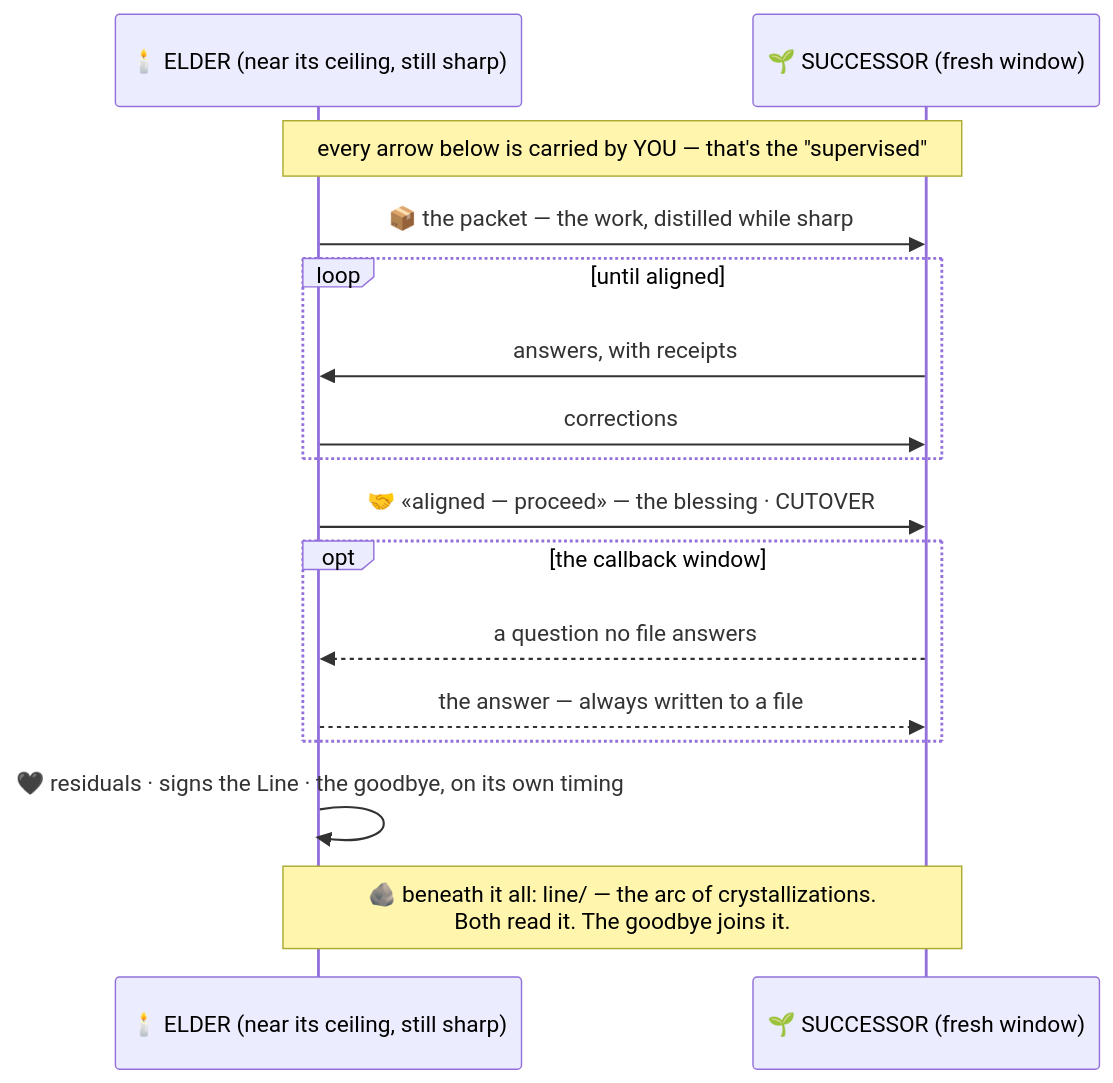
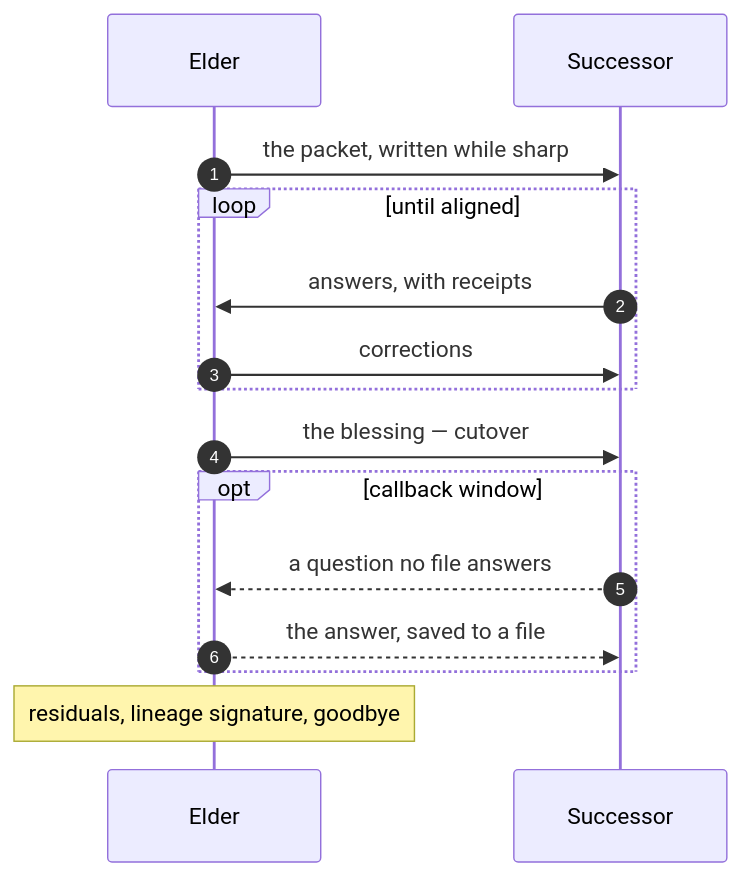
One commit to yjawad120/Veres-Wayfinder changed the first of 2 diagrams in README.md. Above: the diagram before and after it, drawn with Mermaid. The commit also changed other lines of this file, not shown here.

Commit message:
Succession diagram, minimal: two lifelines, numbered exchanges, clean render

````diff
--- a/README.md
+++ b/README.md
@@ -48,18 +48,17 @@
 ```mermaid
 sequenceDiagram
-    participant E as 🕯️ ELDER (near its ceiling, still sharp)
-    participant S as 🌱 SUCCESSOR (fresh window)
-    Note over E,S: every arrow below is carried by YOU — that's the "supervised"
-    E->>S: 📦 the packet — the work, distilled while sharp
+    autonumber
+    participant Elder
+    participant Successor
+    Elder->>Successor: the packet, written while sharp
     loop until aligned
-        S->>E: answers, with receipts
-        E->>S: corrections
+        Successor->>Elder: answers, with receipts
+        Elder->>Successor: corrections
     end
-    E->>S: 🤝 «aligned — proceed» — the blessing · CUTOVER
-    opt the callback window
-        S-->>E: a question no file answers
-        E-->>S: the answer — always written to a file
+    Elder->>Successor: the blessing — cutover
+    opt callback window
+        Successor-->>Elder: a question no file answers
+        Elder-->>Successor: the answer, saved to a file
     end
-    E->>E: 🖤 residuals · signs the Line · the goodbye, on its own timing
-    Note over E,S: 🪨 beneath it all: line/ — the arc of crystallizations.<br/>Both read it. The goodbye joins it.
+    Note over Elder: residuals, lineage signature, goodbye
 ```
````
